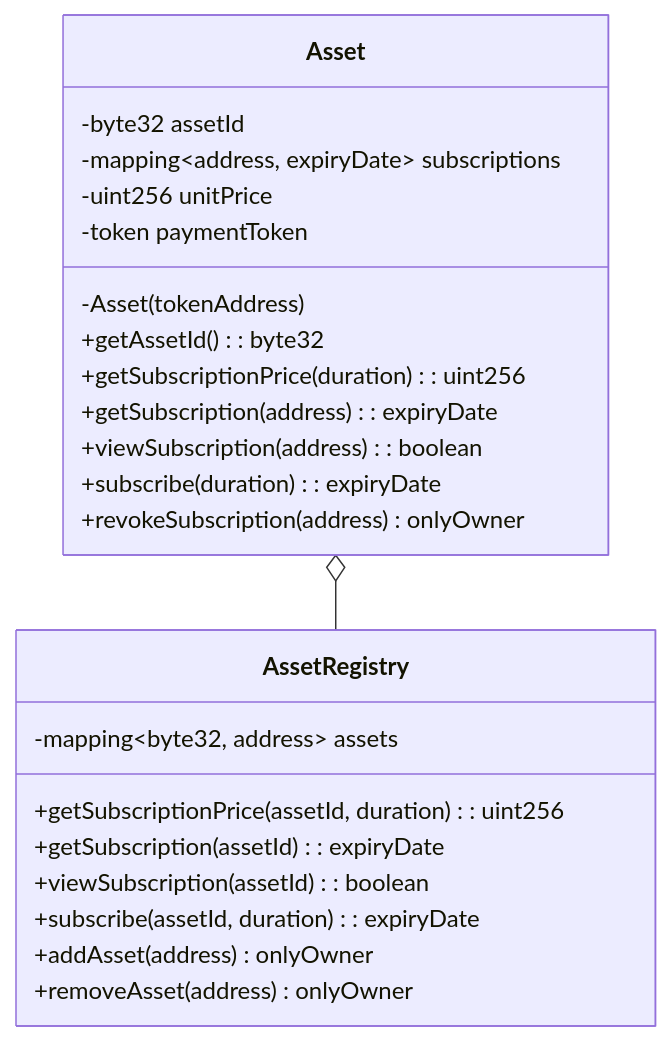
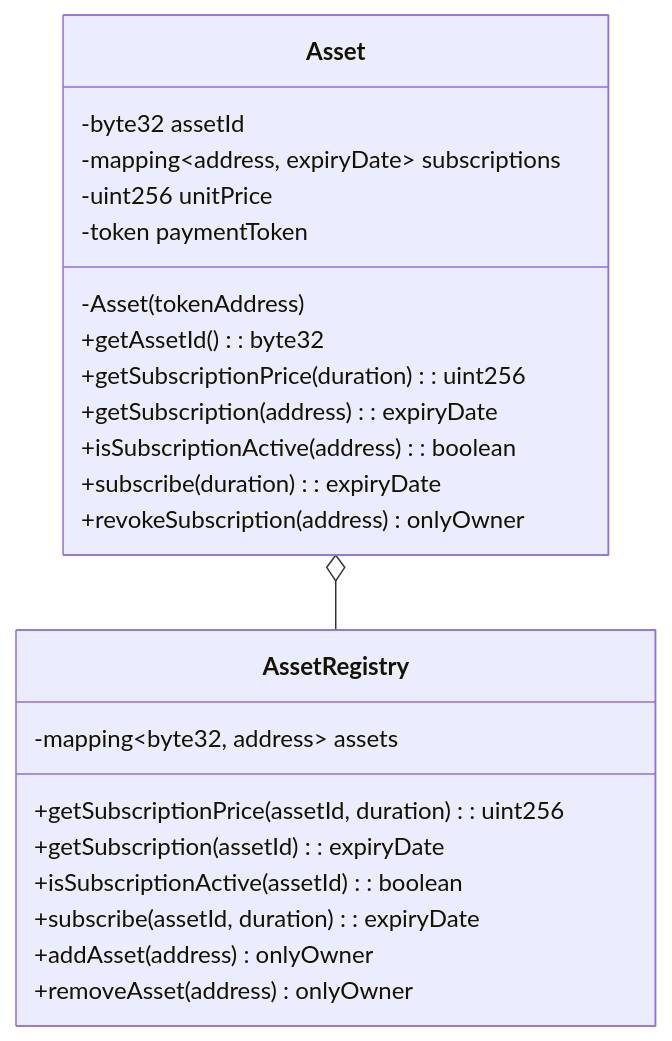
One commit to alexandreext-lab/open-creator-rails changed the fifth of 5 diagrams in docs/mvp-design-and-architecture.md. Above: the diagram before and after it, drawn with Mermaid. The commit also changed other lines of this file and 7 other files, not shown here.

First line of the commit message:
viewSubscription → isSubscriptionActive, SafeERC20, zero fee share fix, tests (#45)

````diff
--- a/docs/mvp-design-and-architecture.md
+++ b/docs/mvp-design-and-architecture.md
@@ -66,26 +66,26 @@
 ```mermaid
 classDiagram
     Asset o-- AssetRegistry
     class AssetRegistry{
         -mapping~byte32, address~ assets
         +getSubscriptionPrice(assetId, duration) : uint256
         +getSubscription(assetId) : expiryDate
-        +viewSubscription(assetId) : boolean
+        +isSubscriptionActive(assetId) : boolean
         +subscribe(assetId, duration) : expiryDate
         +addAsset(address) onlyOwner
         +removeAsset(address) onlyOwner
     }
     class Asset{
         -byte32 assetId
         -mapping~address, expiryDate~ subscriptions
         -uint256 unitPrice
         -token paymentToken
         -Asset(tokenAddress)
         +getAssetId() : byte32
         +getSubscriptionPrice(duration) : uint256
         +getSubscription(address) : expiryDate
-        +viewSubscription(address) : boolean
+        +isSubscriptionActive(address) : boolean
         +subscribe(duration) : expiryDate
         +revokeSubscription(address) onlyOwner
     }
 ```
````
